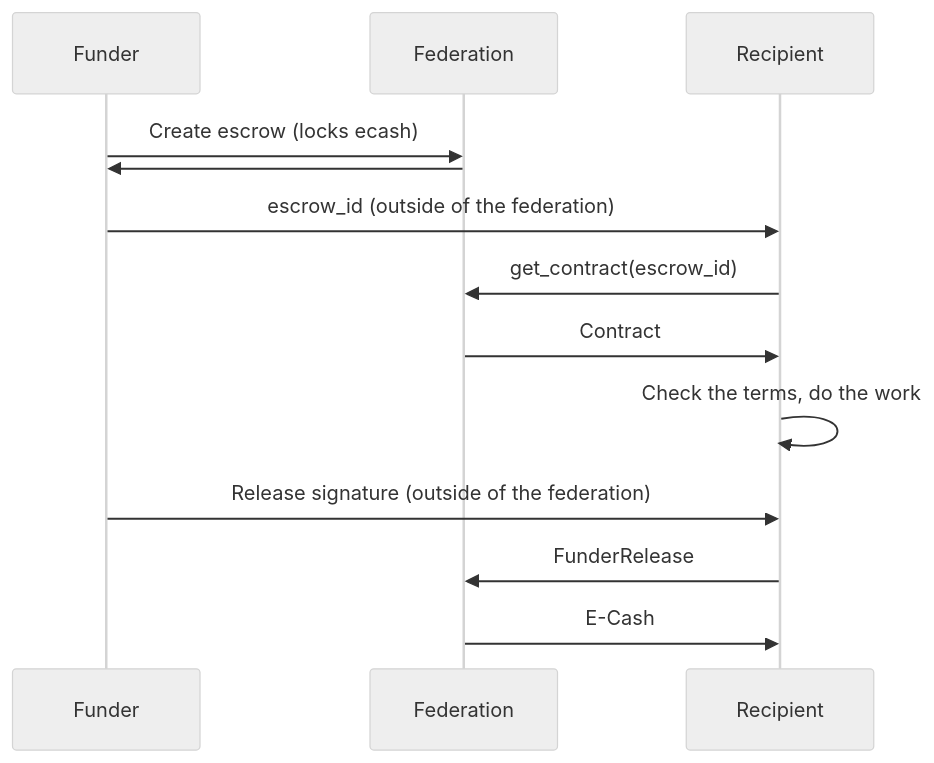
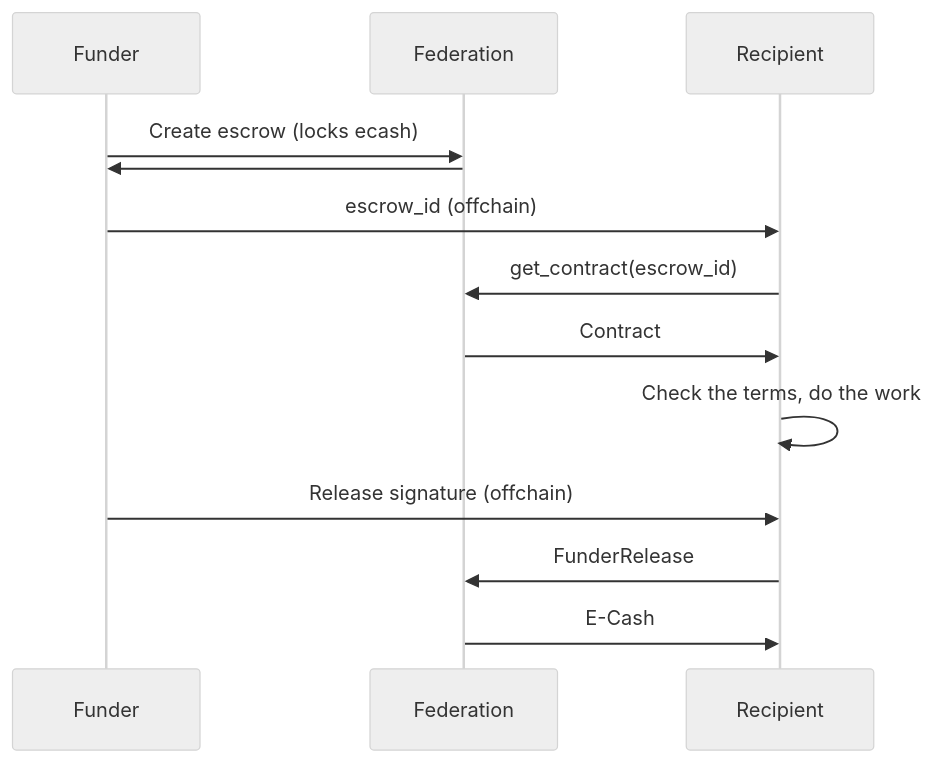
Before and after one commit to Harshdev098/fedimint: the first of 4 diagrams in docs/escrow_module.md, drawn with Mermaid (neutral theme). The commit also changed other lines of this file and 1 other file, not shown here.

Commit message:
chore: update escrow docs

````diff
--- a/docs/escrow_module.md
+++ b/docs/escrow_module.md
@@ -71,16 +71,16 @@
 ```mermaid
 sequenceDiagram;
     participant f as Funder
     participant fed as Federation
     participant r as Recipient
 
     f->>fed: Create escrow (locks ecash)
     fed->>f:
-    f->>r: escrow_id (outside of the federation)
+    f->>r: escrow_id (offchain)
     r->>fed: get_contract(escrow_id)
     fed->>r: Contract
     r->>r: Check the terms, do the work
-    f->>r: Release signature (outside of the federation)
+    f->>r: Release signature (offchain)
     r->>fed: FunderRelease
     fed->>r: E-Cash
 ```
````
